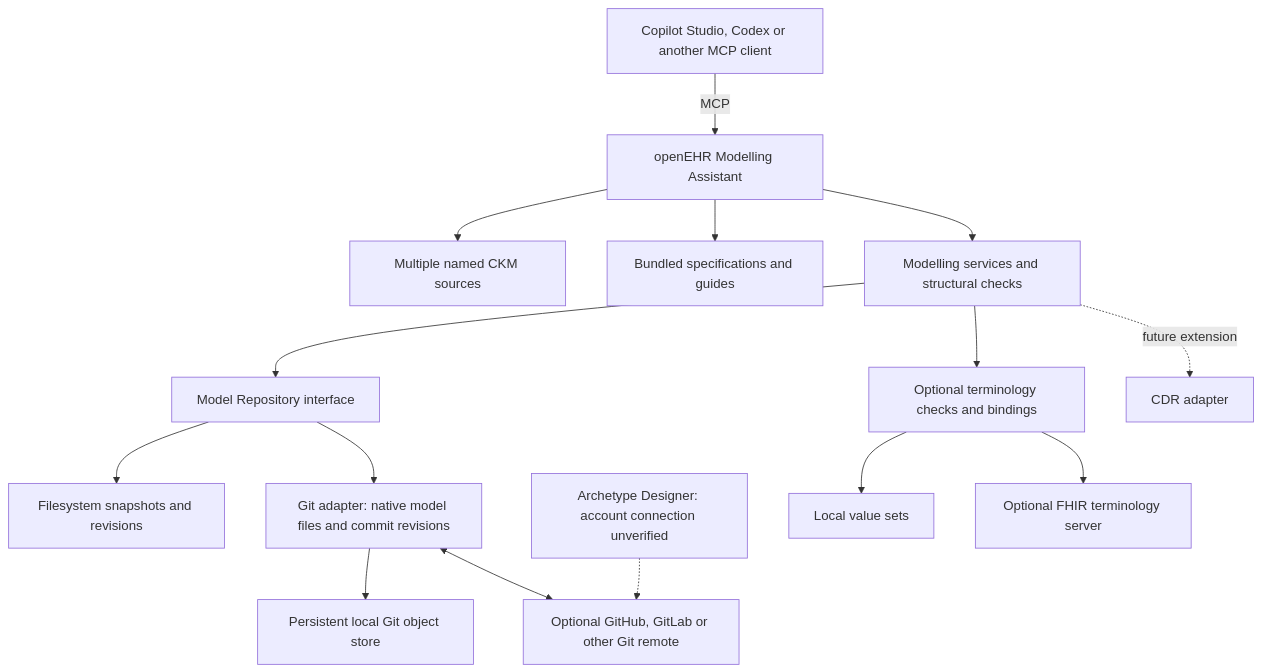
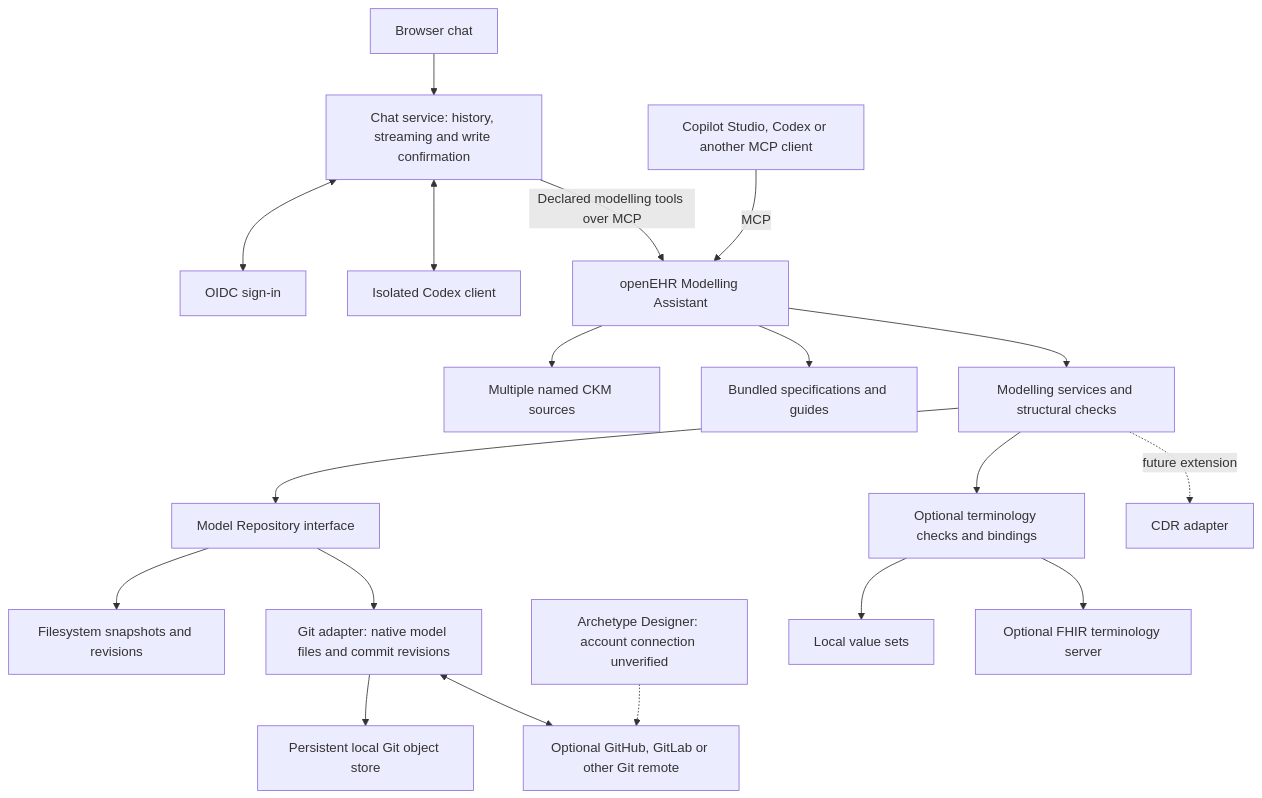
The first of 2 diagrams in README.md (CzarMich/openehr-modelling-assistant), drawn with Mermaid before and after one commit. The commit also changed other lines of this file and 50 other files, not shown here.

Commit message:
feat(chat): add authenticated browser modelling workspace

````diff
--- a/README.md
+++ b/README.md
@@ -72,17 +84,21 @@
 ```mermaid
 flowchart TD
+    U[Browser chat] --> W[Chat service: history, streaming and write confirmation]
+    W <--> I[OIDC sign-in]
+    W <--> AIC[Isolated Codex client]
+    W -->|Declared modelling tools over MCP| S[openEHR Modelling Assistant]
     M[Copilot Studio, Codex or another MCP client] -->|MCP| S[openEHR Modelling Assistant]
     S --> K[Multiple named CKM sources]
     S --> B[Bundled specifications and guides]
     S --> D[Modelling services and structural checks]
     D --> R[Model Repository interface]
     R --> F[Filesystem snapshots and revisions]
     R --> G[Git adapter: native model files and commit revisions]
     G --> O[Persistent local Git object store]
     G <--> H[Optional GitHub, GitLab or other Git remote]
     A[Archetype Designer: account connection unverified] -.-> H
     D --> T[Optional terminology checks and bindings]
     T --> L[Local value sets]
     T --> E[Optional FHIR terminology server]
     D -. future extension .-> C[CDR adapter]
 ```
````
